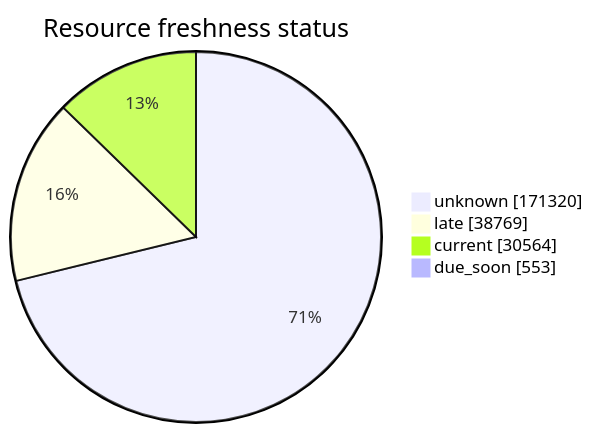
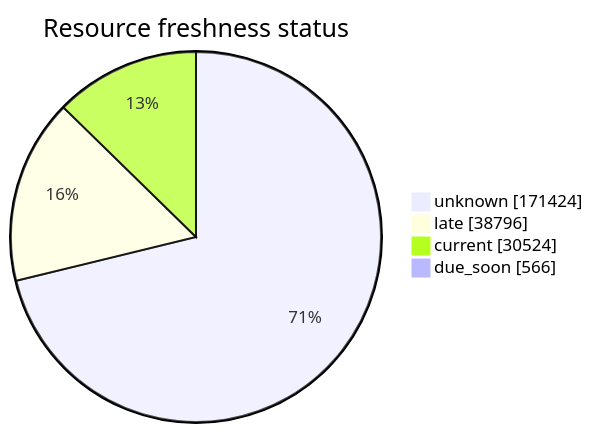
One commit to open-data/analytics-corporate-reporting changed the third of 5 diagrams in FreshCheck/README.md. Above: the diagram before and after it, drawn with Mermaid. The commit also changed other lines of this file and 3 other files, not shown here.

````diff
--- a/FreshCheck/README.md
+++ b/FreshCheck/README.md
@@ -77,7 +77,7 @@
 ```mermaid
 pie showData title Resource freshness status
-    "unknown": 171320
-    "late": 38769
-    "current": 30564
-    "due_soon": 553
+    "unknown": 171424
+    "late": 38796
+    "current": 30524
+    "due_soon": 566
 ```
````
